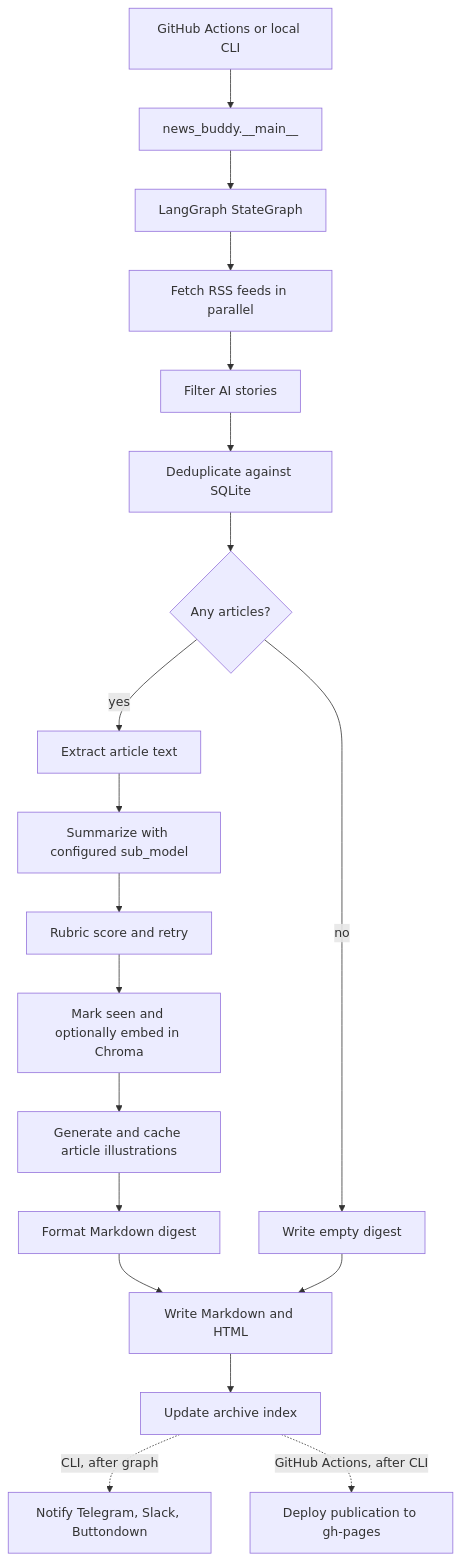
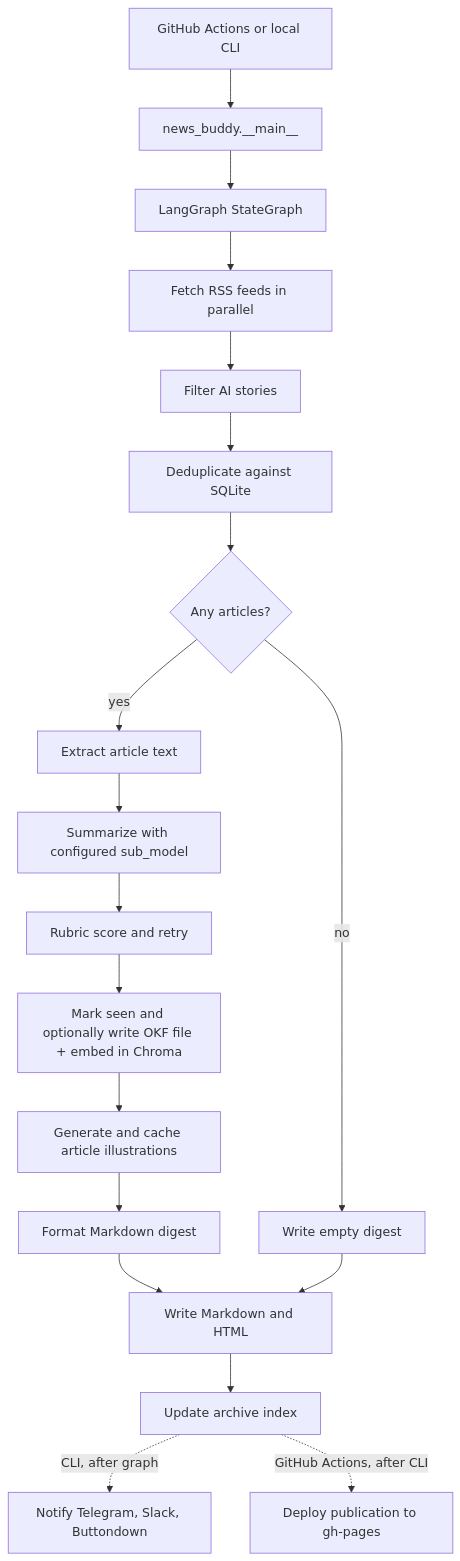
Before and after one commit to Harshagarwal06/buddy_agent: the diagram in README.md, drawn with Mermaid. The commit also changed other lines of this file, not shown here.

First line of the commit message:
docs: bring README current with OKF knowledge base, MCP server, and eval harness

````diff
--- a/README.md
+++ b/README.md
@@ -29,21 +32,21 @@
 ```mermaid
 flowchart TD
     A["GitHub Actions or local CLI"] --> B["news_buddy.__main__"]
     B --> C["LangGraph StateGraph"]
     C --> D["Fetch RSS feeds in parallel"]
     D --> E["Filter AI stories"]
     E --> F["Deduplicate against SQLite"]
     F --> G{"Any articles?"}
     G -- "yes" --> H["Extract article text"]
     H --> I["Summarize with configured sub_model"]
     I --> J["Rubric score and retry"]
-    J --> K["Mark seen and optionally embed in Chroma"]
+    J --> K["Mark seen and optionally write OKF file + embed in Chroma"]
     K --> L["Generate and cache article illustrations"]
     L --> M["Format Markdown digest"]
     G -- "no" --> X["Write empty digest"]
     M --> N["Write Markdown and HTML"]
     X --> N
     N --> O["Update archive index"]
     O -. "CLI, after graph" .-> P["Notify Telegram, Slack, Buttondown"]
     O -. "GitHub Actions, after CLI" .-> Q["Deploy publication to gh-pages"]
 ```
````
